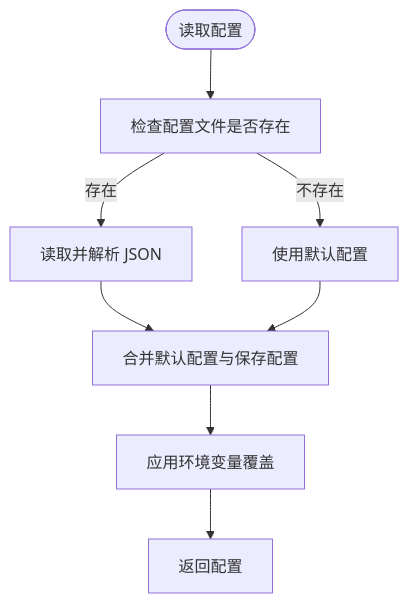
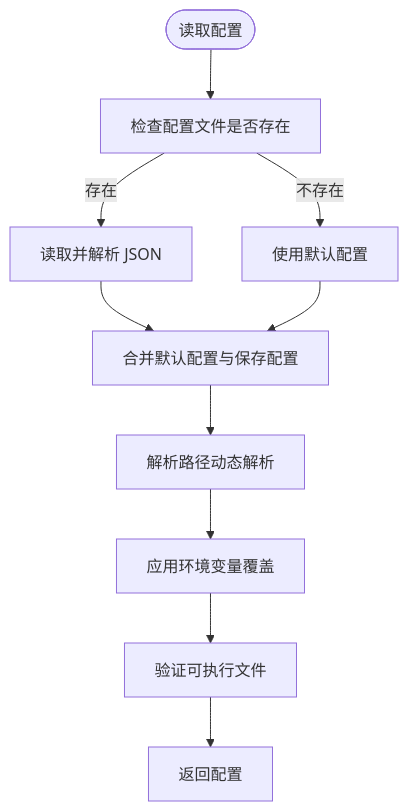
One commit to clawbotai/memo-flow changed the third of 10 diagrams in .qoder/repowiki/zh/content/核心功能模块/Whisper 配置管理.md. Above: the diagram before and after it, drawn with Mermaid. The commit also changed other lines of this file and 14 other files, not shown here.

````diff
--- a/.qoder/repowiki/zh/content/核心功能模块/Whisper 配置管理.md
+++ b/.qoder/repowiki/zh/content/核心功能模块/Whisper 配置管理.md
@@ -187,10 +195,12 @@
 ```mermaid
 flowchart TD
 Start(["读取配置"]) --> CheckFile["检查配置文件是否存在"]
 CheckFile --> |存在| ReadFile["读取并解析 JSON"]
 CheckFile --> |不存在| UseDefault["使用默认配置"]
 ReadFile --> Merge["合并默认配置与保存配置"]
 UseDefault --> Merge
-Merge --> EnvOverride["应用环境变量覆盖"]
-EnvOverride --> Return["返回配置"]
+Merge --> ResolvePaths["解析路径动态解析"]
+ResolvePaths --> EnvOverride["应用环境变量覆盖"]
+EnvOverride --> Validate["验证可执行文件"]
+Validate --> Return["返回配置"]
 ```
````
